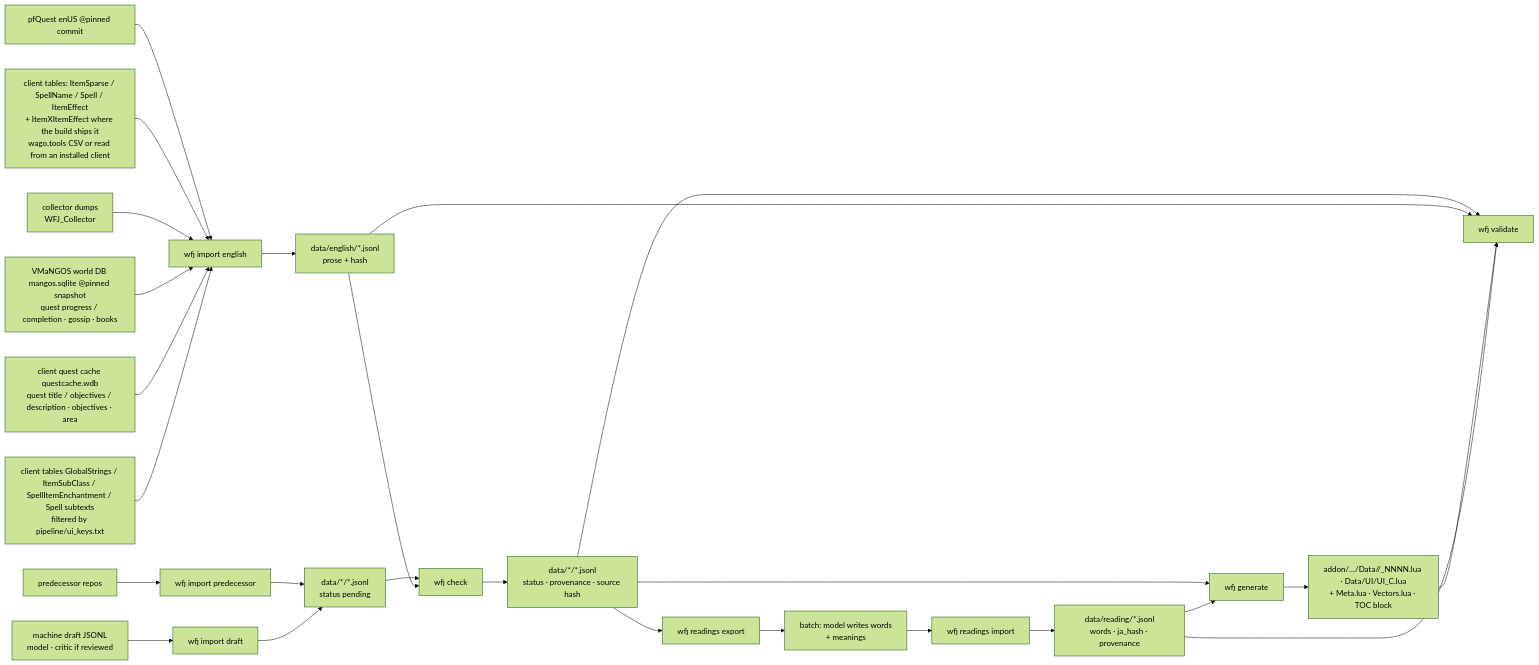
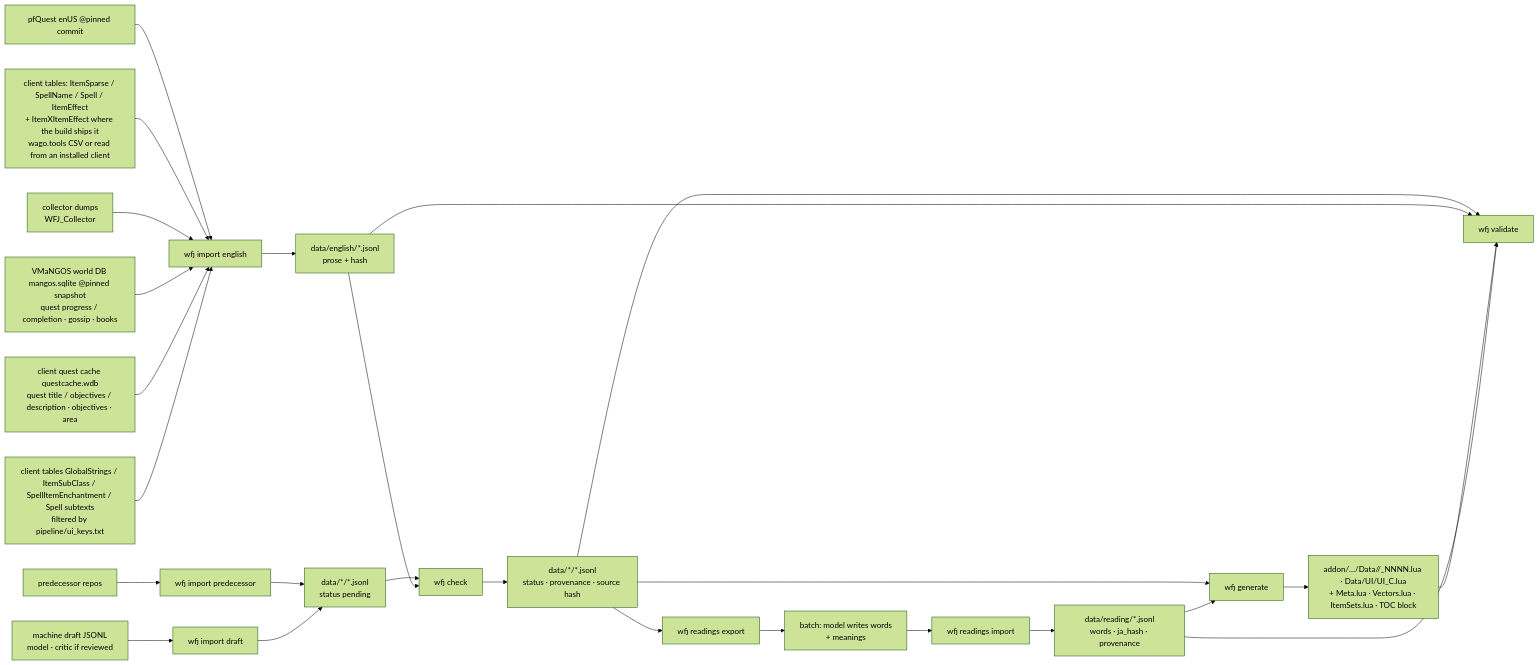
One commit to zyaga/wow-forever-japanese changed the diagram in docs/architecture/data-model.md. Above: the diagram before and after it, drawn with Mermaid (forest theme). The commit also changed other lines of this file and 181 other files, not shown here.

````diff
--- a/docs/architecture/data-model.md
+++ b/docs/architecture/data-model.md
@@ -9,19 +9,19 @@
 ```mermaid
 flowchart LR
   P[predecessor repos] --> I[wfj import predecessor]
   Q[pfQuest enUS @pinned commit] --> E[wfj import english]
   W[client tables: ItemSparse / SpellName / Spell / ItemEffect<br/>+ ItemXItemEffect where the build ships it<br/>wago.tools CSV or read from an installed client] --> E
   C[collector dumps<br/>WFJ_Collector] --> E
   VM[VMaNGOS world DB mangos.sqlite @pinned snapshot<br/>quest progress / completion · gossip · books] --> E
   WDB[client quest cache questcache.wdb<br/>quest title / objectives / description · objectives · area] --> E
   U[client tables GlobalStrings / ItemSubClass / SpellItemEnchantment / Spell subtexts<br/>filtered by pipeline/ui_keys.txt] --> E
   E --> EN[data/english/*.jsonl<br/>prose + hash]
   I --> R[data/*/*.jsonl<br/>status pending]
   M[machine draft JSONL<br/>model · critic if reviewed] --> DR[wfj import draft] --> R
   R --> K[wfj check] ; EN --> K
   K --> D[data/*/*.jsonl<br/>status · provenance · source hash]
-  D --> G[wfj generate] --> L[addon/…/Data/<Type>/<Type>_NNNN.lua · Data/UI/UI_C.lua<br/>+ Meta.lua · Vectors.lua · TOC block]
+  D --> G[wfj generate] --> L[addon/…/Data/<Type>/<Type>_NNNN.lua · Data/UI/UI_C.lua<br/>+ Meta.lua · Vectors.lua · ItemSets.lua · TOC block]
   D --> V[wfj validate] ; EN --> V ; L --> V
   D --> RX[wfj readings export] --> RB[batch: model writes words<br/>+ meanings] --> RI[wfj readings import] --> RD[data/reading/*.jsonl<br/>words · ja_hash · provenance]
   RD --> G ; RD --> V
 ```
````
